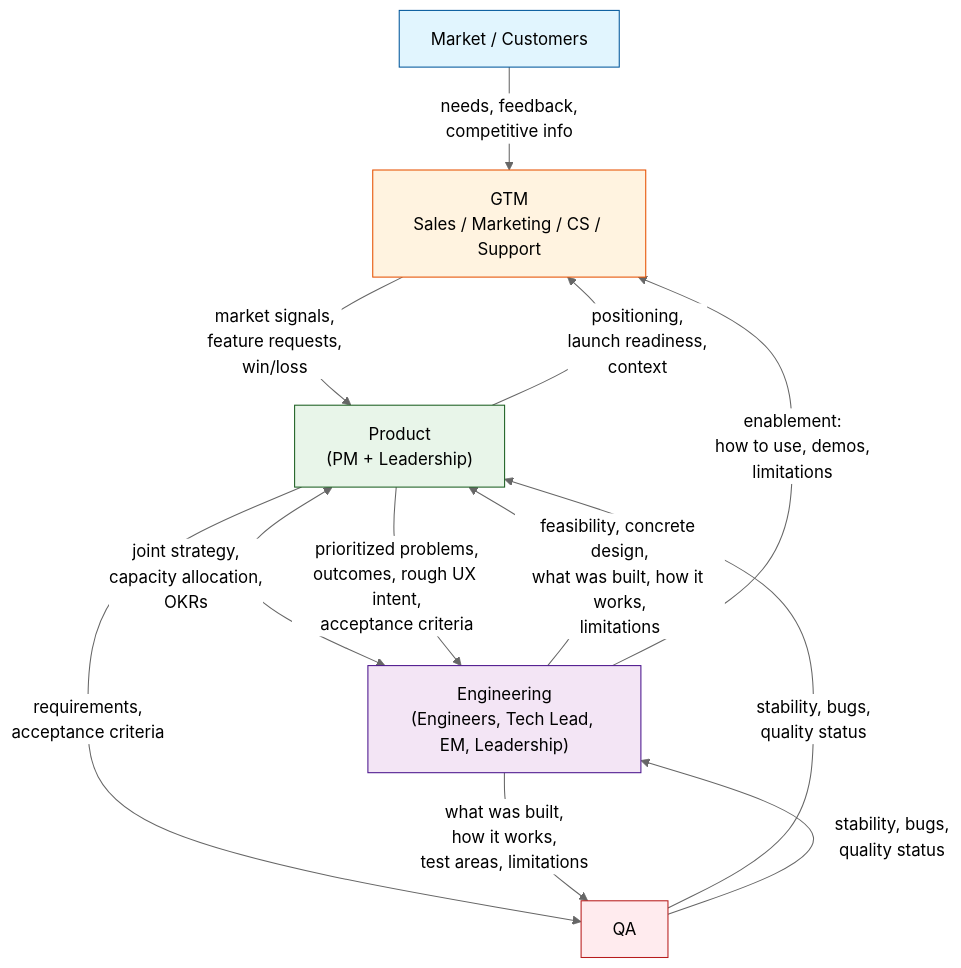
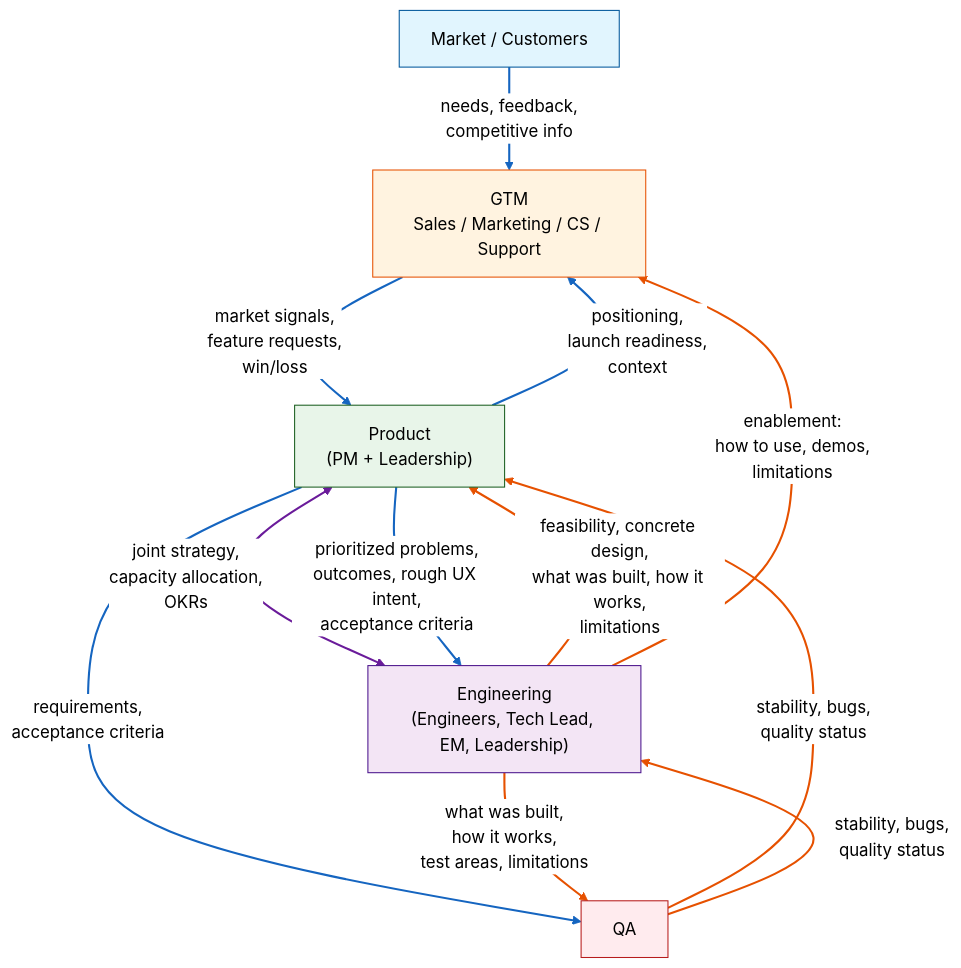
The diagram in docs/organization-info-flow.md (mingwai-tam/lead-manage-admin), drawn with Mermaid (neutral theme) before and after one commit. The commit also changed other lines of this file, not shown here.

Commit message:
Add colors to Mermaid arrows by direction (down, up/feedback, bidirectional)

````diff
--- a/docs/organization-info-flow.md
+++ b/docs/organization-info-flow.md
@@ -57,37 +62,56 @@
 ```mermaid
 flowchart TD
     Market["Market / Customers"]
     GTM["GTM\nSales / Marketing / CS / Support"]
     Product["Product\n(PM + Leadership)"]
     Engineering["Engineering\n(Engineers, Tech Lead, EM, Leadership)"]
     QA["QA"]
 
     Market -->|"needs, feedback,\ncompetitive info"| GTM
     GTM -->|"market signals,\nfeature requests,\nwin/loss"| Product
 
     Product <-->|"joint strategy,\ncapacity allocation,\nOKRs"| Engineering
 
     Product -->|"prioritized problems,\noutcomes, rough UX intent,\nacceptance criteria"| Engineering
     Product -->|"requirements,\nacceptance criteria"| QA
 
     Engineering -->|"feasibility, concrete design,\nwhat was built, how it works,\nlimitations"| Product
     Engineering -->|"what was built,\nhow it works,\ntest areas, limitations"| QA
     Engineering -->|"enablement:\nhow to use, demos,\nlimitations"| GTM
 
     QA -->|"stability, bugs,\nquality status"| Product
     QA -->|"stability, bugs,\nquality status"| Engineering
 
     Product -->|"positioning,\nlaunch readiness,\ncontext"| GTM
 
+    %% Colors by direction
+    %% 0-1: Market	o GTM	o Product (down)
+    linkStyle 0 stroke:#1565c0,stroke-width:2px
+    linkStyle 1 stroke:#1565c0,stroke-width:2px
+    %% 2: bidirectional
+    linkStyle 2 stroke:#6a1b9a,stroke-width:2px
+    %% 3-4: Product 	o Engineering/QA (down)
+    linkStyle 3 stroke:#1565c0,stroke-width:2px
+    linkStyle 4 stroke:#1565c0,stroke-width:2px
+    %% 5-7: Engineering feedback (up)
+    linkStyle 5 stroke:#e65100,stroke-width:2px
+    linkStyle 6 stroke:#e65100,stroke-width:2px
+    linkStyle 7 stroke:#e65100,stroke-width:2px
+    %% 8-9: QA feedback (up)
+    linkStyle 8 stroke:#e65100,stroke-width:2px
+    linkStyle 9 stroke:#e65100,stroke-width:2px
+    %% 10: Product 	o GTM (down / enablement context)
+    linkStyle 10 stroke:#1565c0,stroke-width:2px
+
     classDef external fill:#e1f5fe,stroke:#01579b
     classDef gtm fill:#fff3e0,stroke:#e65100
     classDef product fill:#e8f5e9,stroke:#1b5e20
     classDef eng fill:#f3e5f5,stroke:#4a148c
     classDef qa fill:#ffebee,stroke:#b71c1c
 
     class Market external
     class GTM gtm
     class Product product
     class Engineering eng
     class QA qa
 ```
````
